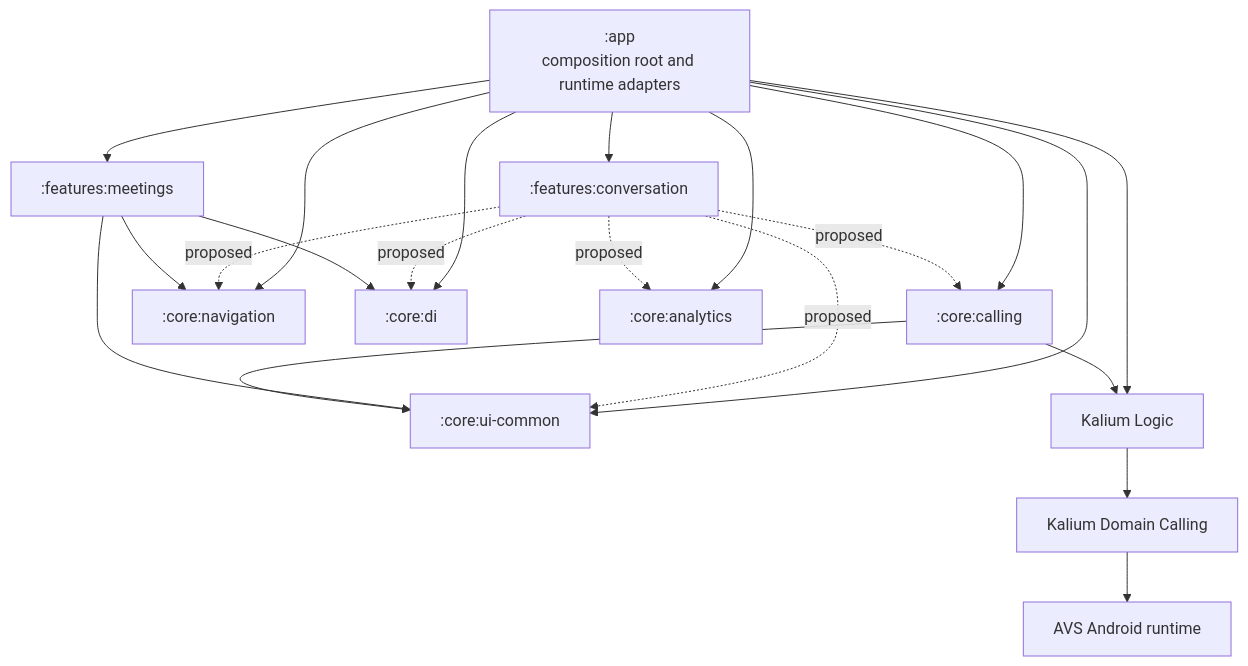
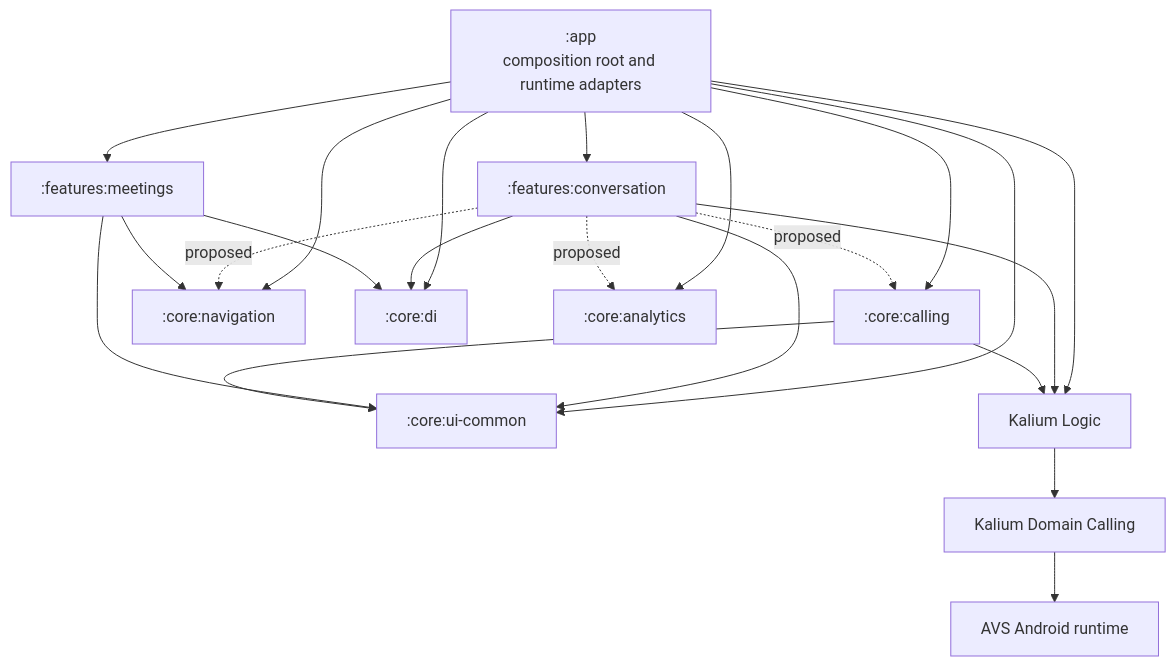
Before and after one commit to wireapp/wire-android: the diagram in docs/architecture/android-module-graph.md, drawn with Mermaid. The commit also changed other lines of this file and 18 other files, not shown here.

````diff
--- a/docs/architecture/android-module-graph.md
+++ b/docs/architecture/android-module-graph.md
@@ -13,35 +12,36 @@
 ```mermaid
 graph TD
     App[":app<br/>composition root and runtime adapters"]
     Conversation[":features:conversation"]
     Meetings[":features:meetings"]
     Calling[":core:calling"]
     Navigation[":core:navigation"]
     Di[":core:di"]
     UiCommon[":core:ui-common"]
     Analytics[":core:analytics"]
     KaliumLogic["Kalium Logic"]
     KaliumCalling["Kalium Domain Calling"]
     Avs["AVS Android runtime"]
 
     App --> Conversation
     App --> Meetings
     App --> Calling
     App --> Navigation
     App --> Di
     App --> UiCommon
     App --> Analytics
     App --> KaliumLogic
+    Conversation --> Di
+    Conversation --> UiCommon
+    Conversation --> KaliumLogic
     Conversation -. proposed .-> Calling
     Conversation -. proposed .-> Analytics
     Conversation -. proposed .-> Navigation
-    Conversation -. proposed .-> Di
-    Conversation -. proposed .-> UiCommon
     Meetings --> Navigation
     Meetings --> Di
     Meetings --> UiCommon
     Calling --> UiCommon
     Calling --> KaliumLogic
     KaliumLogic --> KaliumCalling
     KaliumCalling --> Avs
 ```
````
